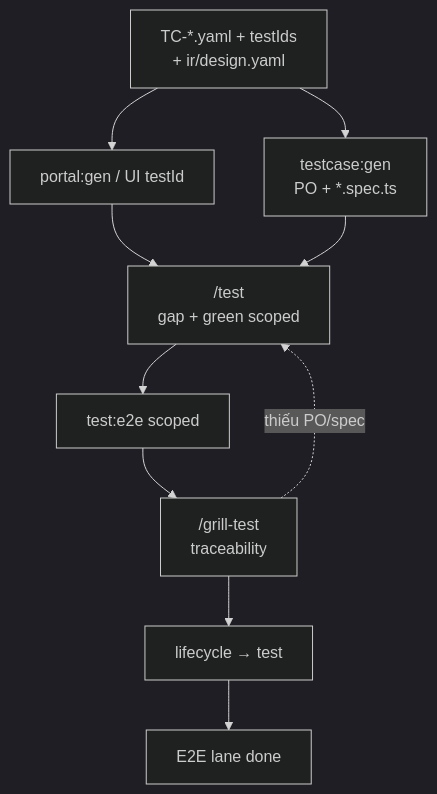
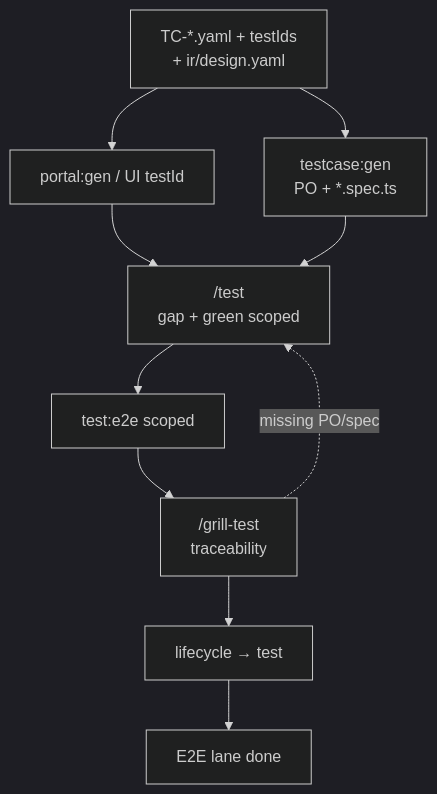
Before and after one commit to ShanYuCoder/flowgrid-docs: the second of 5 diagrams in workflows/test.md, drawn with Mermaid (dark theme). The commit also changed other lines of this file and 348 other files, not shown here.

````diff
--- a/workflows/test.md
+++ b/workflows/test.md
@@ -83,22 +83,22 @@
 ```mermaid
 flowchart TD
   SPEC["TC-*.yaml + testIds\n+ ir/design.yaml"]
   GEN["portal:gen / UI testId"]
   TCG["testcase:gen\nPO + *.spec.ts"]
   TEST["/test\ngap + green scoped"]
   VIT["test:e2e scoped"]
   GT["/grill-test\ntraceability"]
   LIFE["lifecycle → test"]
   DONE["E2E lane done"]
 
   SPEC --> GEN
   SPEC --> TCG
   GEN --> TEST
   TCG --> TEST
   TEST --> VIT
   VIT --> GT
   GT --> LIFE
   LIFE --> DONE
 
-  GT -.->|thiếu PO/spec| TEST
+  GT -.->|missing PO/spec| TEST
 ```
````
